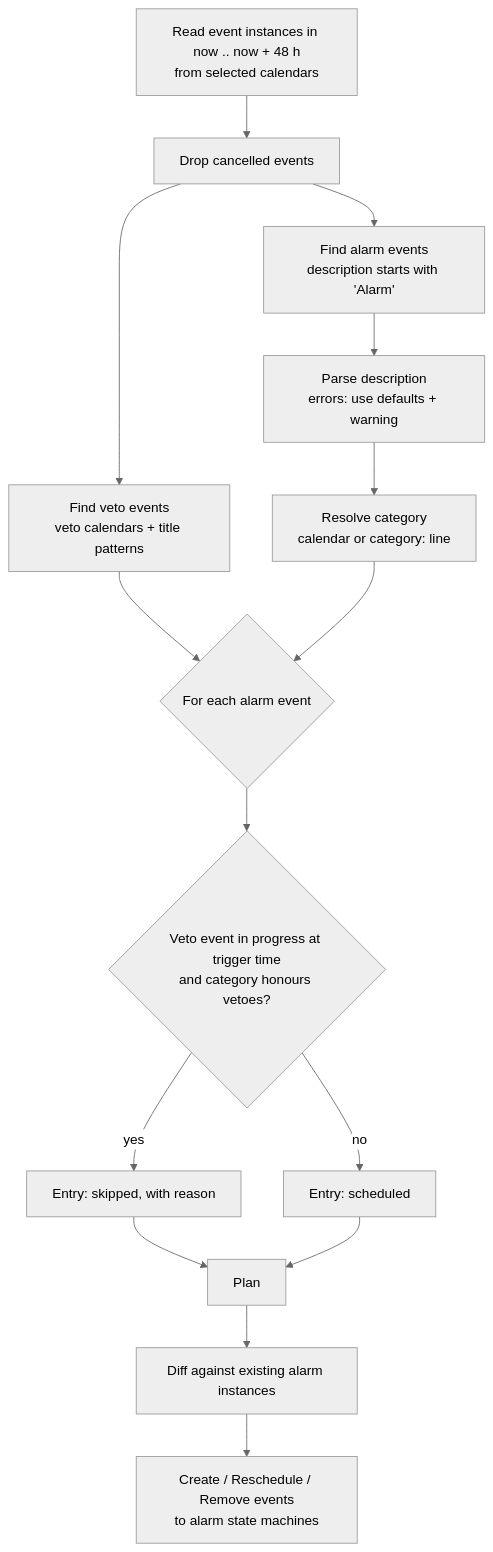
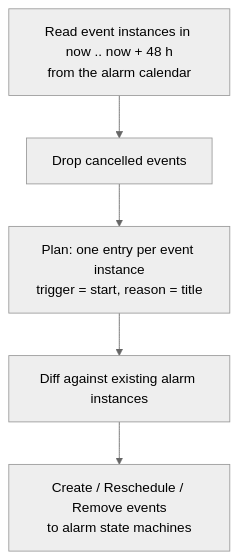
Before and after one commit to drehtuer/NextAlarmApp: the second of 4 diagrams in docs/architecture.md, drawn with Mermaid (neutral theme). The commit also changed other lines of this file and 4 other files, not shown here.

First line of the commit message:
Take alarms from a dedicated alarm calendar

````diff
--- a/docs/architecture.md
+++ b/docs/architecture.md
@@ -118,17 +117,7 @@
 ```mermaid
 flowchart TD
-    A[Read event instances in now .. now + 48 h<br/>from selected calendars] --> B[Drop cancelled events]
-    B --> C[Find veto events<br/>veto calendars + title patterns]
-    B --> D[Find alarm events<br/>description starts with 'Alarm']
-    D --> E[Parse description<br/>errors: use defaults + warning]
-    E --> F[Resolve category<br/>calendar or category: line]
-    C --> G{For each alarm event}
-    F --> G
-    G --> K{Veto event in progress at trigger time<br/>and category honours vetoes?}
-    K -- yes --> L[Entry: skipped, with reason]
-    K -- no --> M[Entry: scheduled]
-    L --> N[Plan]
-    M --> N
+    A[Read event instances in now .. now + 48 h<br/>from the alarm calendar] --> B[Drop cancelled events]
+    B --> N[Plan: one entry per event instance<br/>trigger = start, reason = title]
     N --> O[Diff against existing alarm instances]
     O --> P[Create / Reschedule / Remove events<br/>to alarm state machines]
 ```
````
